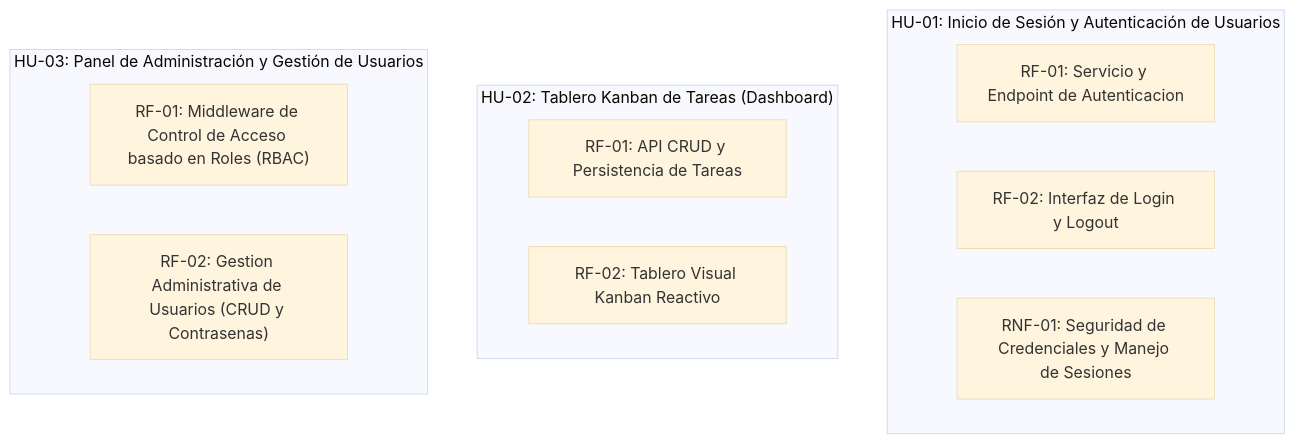
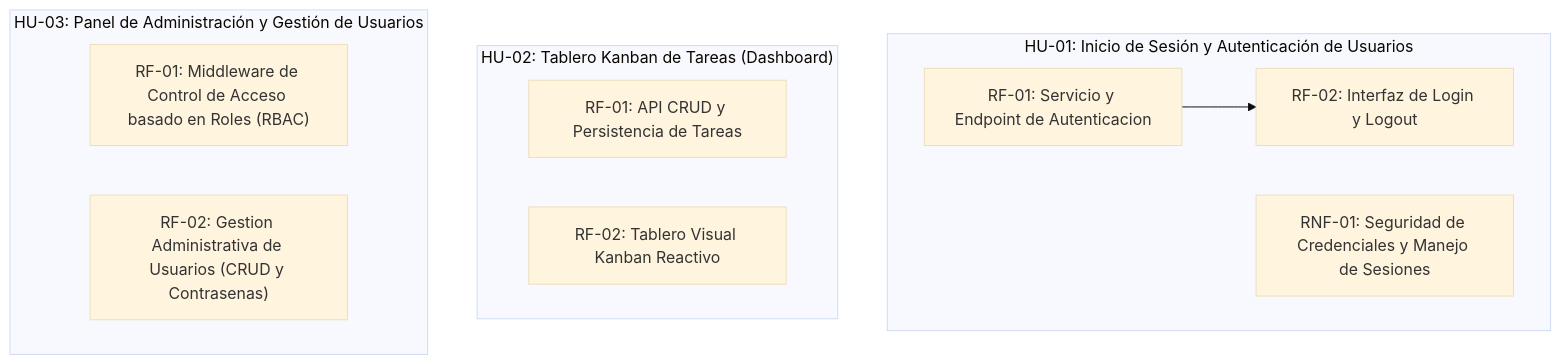
Before and after one commit to fiemcasals/PRUEBA_SCRUM: the diagram in docs/grafo.md, drawn with Mermaid (base theme). The commit also changed other lines of this file, not shown here.

````diff
--- a/docs/grafo.md
+++ b/docs/grafo.md
@@ -5,16 +5,17 @@
 ```mermaid
 graph TD
   subgraph US_1786548038997["HU-01: Inicio de Sesión y Autenticación de Usuarios"]
     REQ_1786550047158["RF-01: Servicio y Endpoint de Autenticacion"]
     REQ_1786550047244["RF-02: Interfaz de Login y Logout"]
     REQ_1786550047330["RNF-01: Seguridad de Credenciales y Manejo de Sesiones"]
   end
   subgraph US_1786548041528["HU-02: Tablero Kanban de Tareas (Dashboard)"]
     REQ_1786550047416["RF-01: API CRUD y Persistencia de Tareas"]
     REQ_1786550047501["RF-02: Tablero Visual Kanban Reactivo"]
   end
   subgraph US_1786548043984["HU-03: Panel de Administración y Gestión de Usuarios"]
     REQ_1786550047567["RF-01: Middleware de Control de Acceso basado en Roles (RBAC)"]
     REQ_1786550047637["RF-02: Gestion Administrativa de Usuarios (CRUD y Contrasenas)"]
   end
+  REQ_1786550047158 --> REQ_1786550047244
 ```
````
